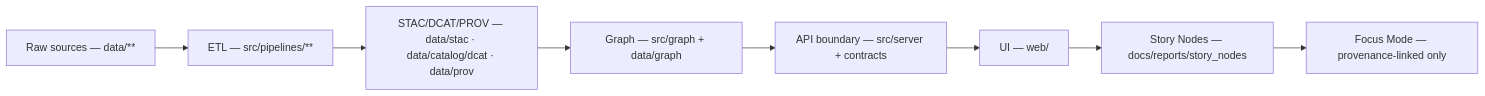
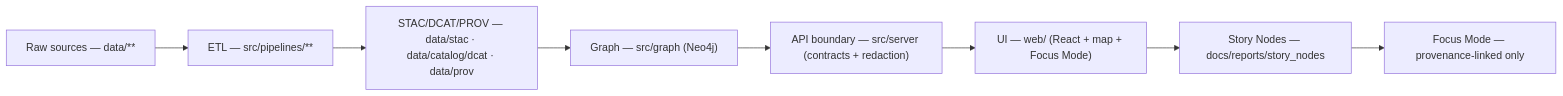
One commit to bartytime4life/Kansas-Frontier-Matrix changed the first of 2 diagrams in README.md. Above: the diagram before and after it, drawn with Mermaid. The commit also changed other lines of this file, not shown here.

```diff
--- a/README.md
+++ b/README.md
@@ -286,10 +367,10 @@
 ~~~mermaid
 flowchart LR
   R["Raw sources — data/**"] --> A["ETL — src/pipelines/**"]
   A --> B["STAC/DCAT/PROV — data/stac · data/catalog/dcat · data/prov"]
-  B --> C["Graph — src/graph + data/graph"]
-  C --> D["API boundary — src/server + contracts"]
-  D --> E["UI — web/"]
+  B --> C["Graph — src/graph (Neo4j)"]
+  C --> D["API boundary — src/server (contracts + redaction)"]
+  D --> E["UI — web/ (React + map + Focus Mode)"]
   E --> F["Story Nodes — docs/reports/story_nodes"]
   F --> G["Focus Mode — provenance-linked only"]
 ~~~
```
